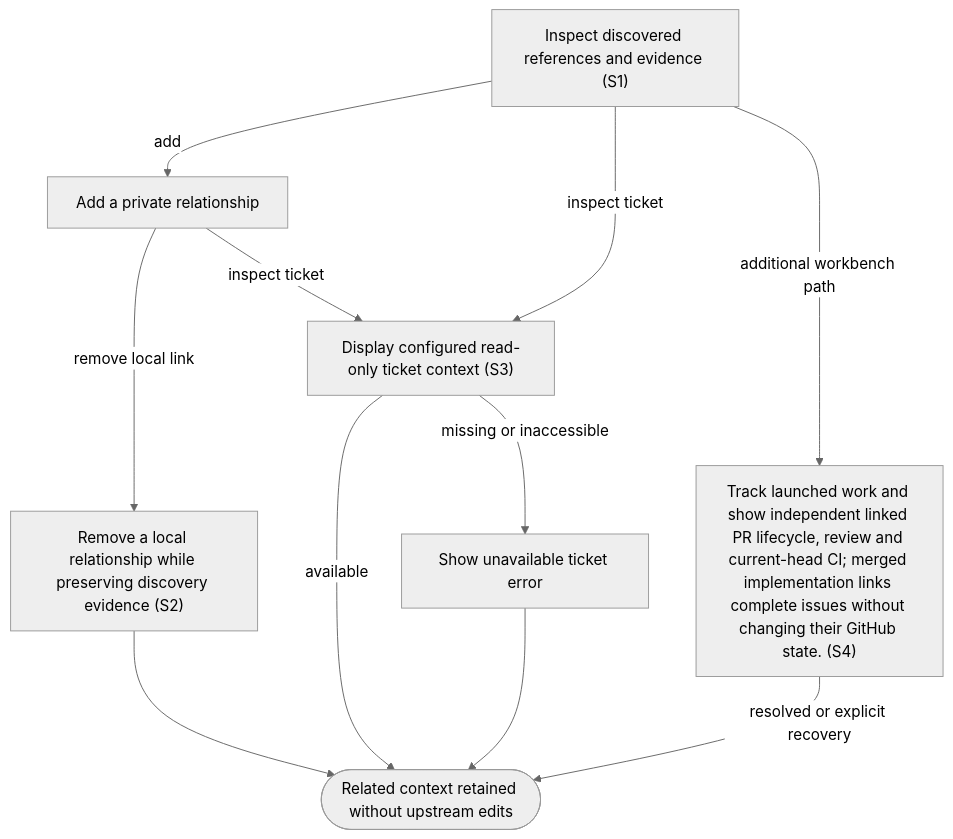
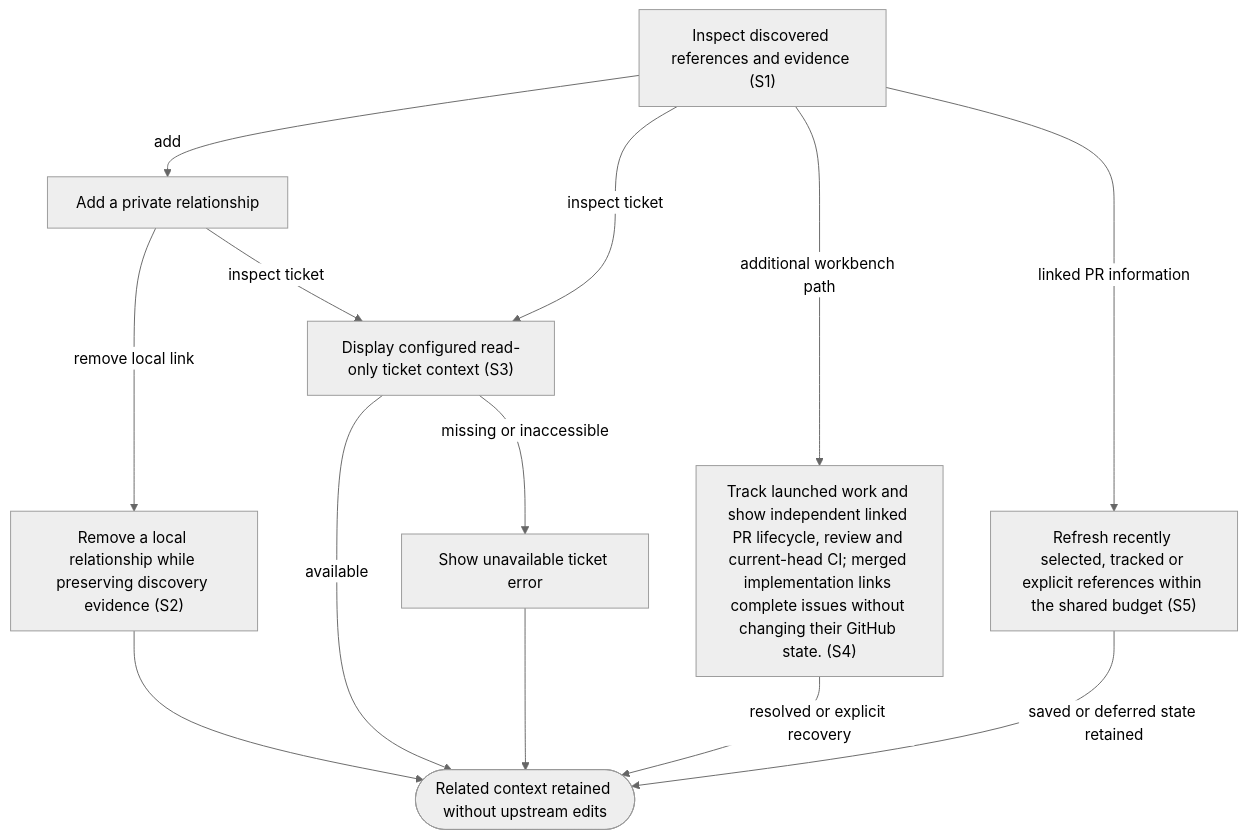
Before and after one commit to dk-code-factory/code-factory-plugin: the diagram in docs/user-flows/relate-items.md, drawn with Mermaid (neutral theme). The commit also changed other lines of this file and 81 other files, not shown here.

````diff
--- a/docs/user-flows/relate-items.md
+++ b/docs/user-flows/relate-items.md
@@ -38,20 +40,23 @@
 ```mermaid
 flowchart TD
     N0["Inspect discovered references and evidence #40;S1#41;"]
     N1["Add a private relationship"]
     N2["Remove a local relationship while preserving discovery evidence #40;S2#41;"]
     N3["Display configured read-only ticket context #40;S3#41;"]
     N4["Show unavailable ticket error"]
     N5(["Related context retained without upstream edits"])
     N6["Track launched work and show independent linked PR lifecycle, review and current-head CI#59; merged implementation links complete issues without changing their GitHub state. #40;S4#41;"]
+    N7["Refresh recently selected, tracked or explicit references within the shared budget #40;S5#41;"]
     N0 -->|"add"| N1
     N0 -->|"inspect ticket"| N3
     N1 -->|"remove local link"| N2
     N1 -->|"inspect ticket"| N3
     N2 --> N5
     N3 -->|"available"| N5
     N3 -->|"missing or inaccessible"| N4
     N4 --> N5
     N0 -->|"additional workbench path"| N6
     N6 -->|"resolved or explicit recovery"| N5
+    N0 -->|"linked PR information"| N7
+    N7 -->|"saved or deferred state retained"| N5
 ```
````
